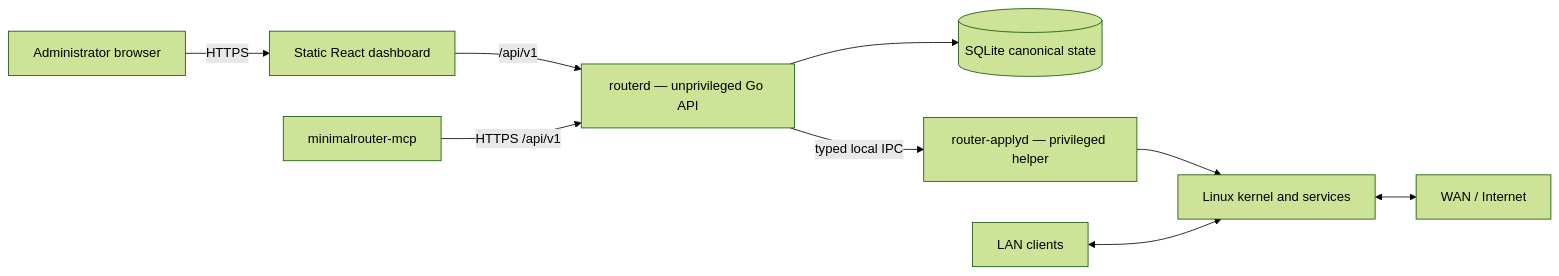
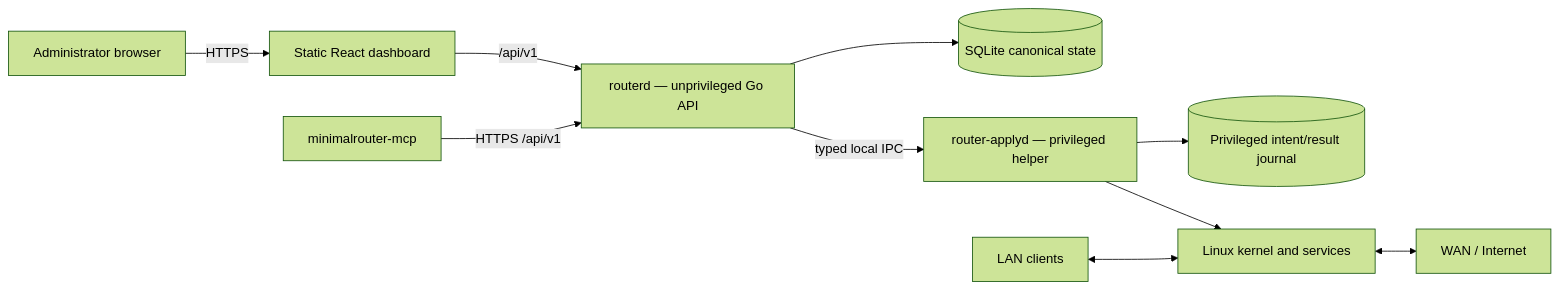
The first of 2 diagrams in ARCHITECTURE.md (vladimirperovic/minimalrouter), drawn with Mermaid (forest theme) before and after one commit. The commit also changed other lines of this file, not shown here.

````diff
--- a/ARCHITECTURE.md
+++ b/ARCHITECTURE.md
@@ -24,21 +25,23 @@
 ```mermaid
 flowchart LR
     Admin[Administrator browser]
     UI[Static React dashboard]
     MCP[minimalrouter-mcp]
     Routerd[routerd — unprivileged Go API]
     DB[(SQLite canonical state)]
     Applyd[router-applyd — privileged helper]
+    Journal[(Privileged intent/result journal)]
     Linux[Linux kernel and services]
     LAN[LAN clients]
     WAN[WAN / Internet]
 
     Admin -->|HTTPS| UI
     UI -->|/api/v1| Routerd
     MCP -->|HTTPS /api/v1| Routerd
     Routerd --> DB
     Routerd -->|typed local IPC| Applyd
+    Applyd --> Journal
     Applyd --> Linux
     LAN <--> Linux
     Linux <--> WAN
 ```
````
